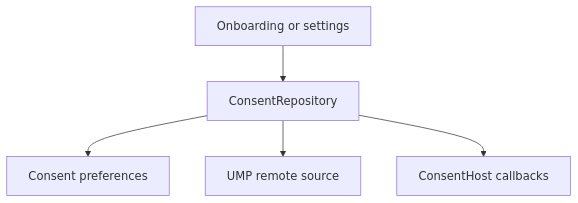
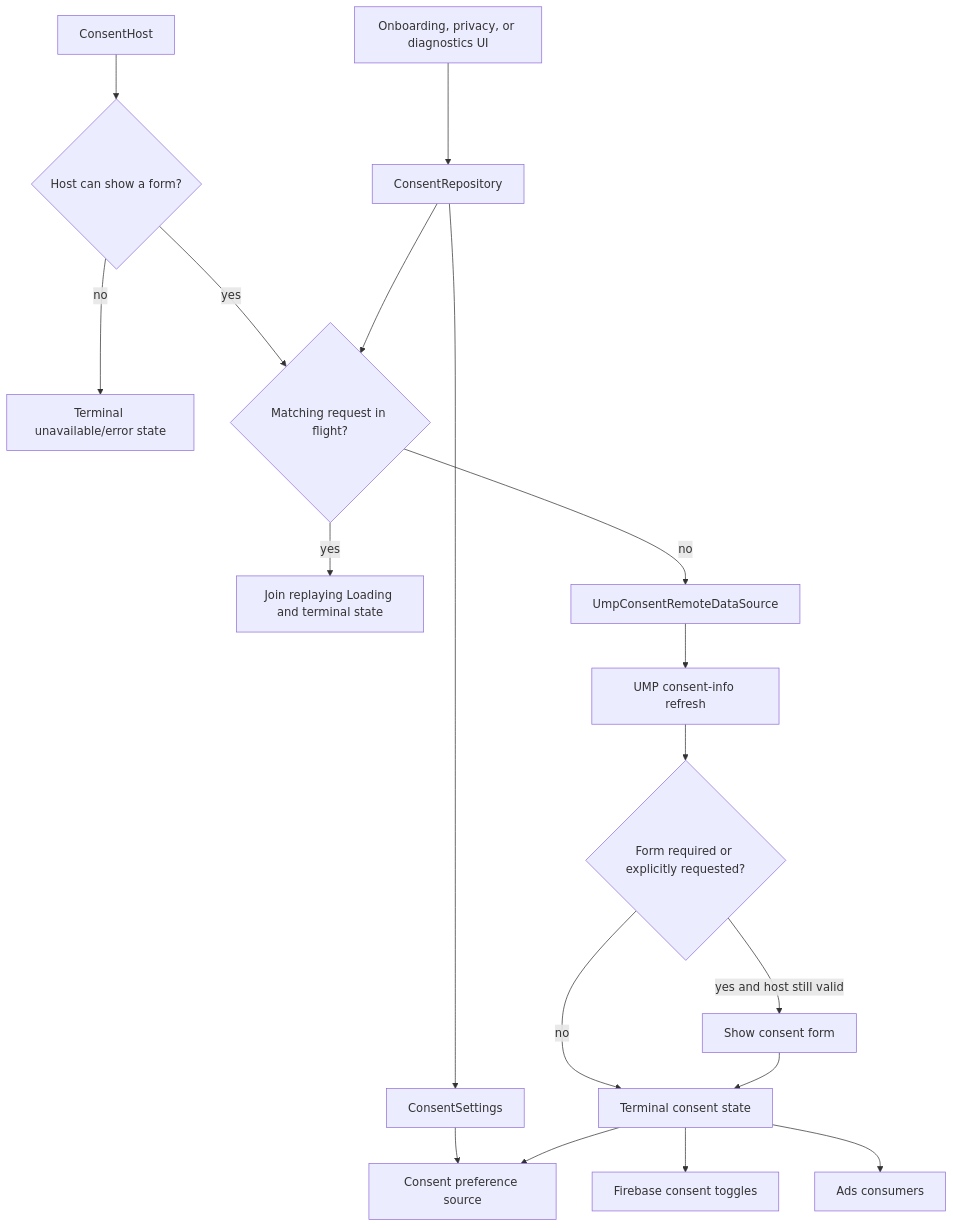
One commit to MihaiCristianCondrea/App-Toolkit-for-Android changed the diagram in library/integration/consent/README.md. Above: the diagram before and after it, drawn with Mermaid. The commit also changed other lines of this file and 57 other files, not shown here.

````diff
--- a/library/integration/consent/README.md
+++ b/library/integration/consent/README.md
@@ -35,7 +35,20 @@
 ```mermaid
 flowchart TD
-    UI[Onboarding or settings] --> Repo[ConsentRepository]
-    Repo --> Store[Consent preferences]
-    Repo --> UMP[UMP remote source]
-    Repo --> Host[ConsentHost callbacks]
+    UI[Onboarding, privacy, or diagnostics UI] --> Repo[ConsentRepository]
+    Repo --> Settings[ConsentSettings]
+    Settings --> Store[Consent preference source]
+    Host[ConsentHost] --> Availability{Host can show a form?}
+    Availability -->|no| Rejected[Terminal unavailable/error state]
+    Availability -->|yes| Flight{Matching request in flight?}
+    Repo --> Flight
+    Flight -->|yes| Join[Join replaying Loading and terminal state]
+    Flight -->|no| UMP[UmpConsentRemoteDataSource]
+    UMP --> Refresh[UMP consent-info refresh]
+    Refresh --> Callback{Form required or explicitly requested?}
+    Callback -->|yes and host still valid| Form[Show consent form]
+    Callback -->|no| Result[Terminal consent state]
+    Form --> Result
+    Result --> Store
+    Result --> Firebase[Firebase consent toggles]
+    Result --> Ads[Ads consumers]
 ```
````
